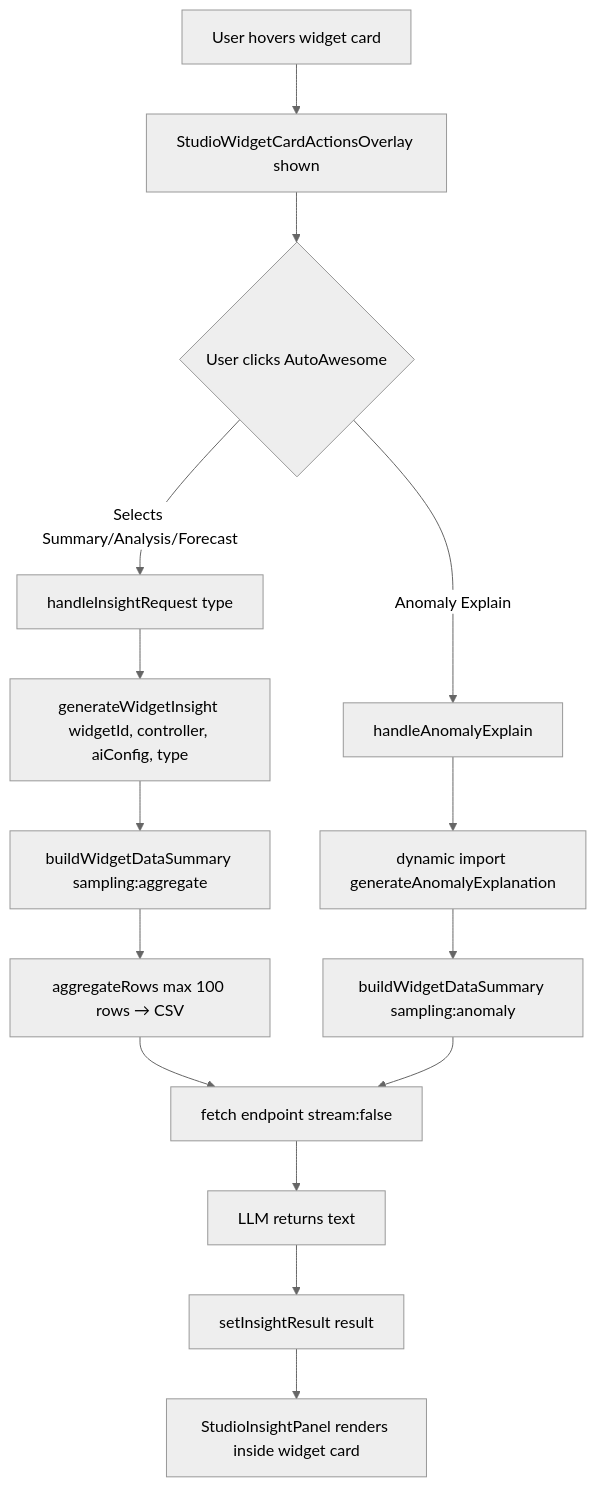
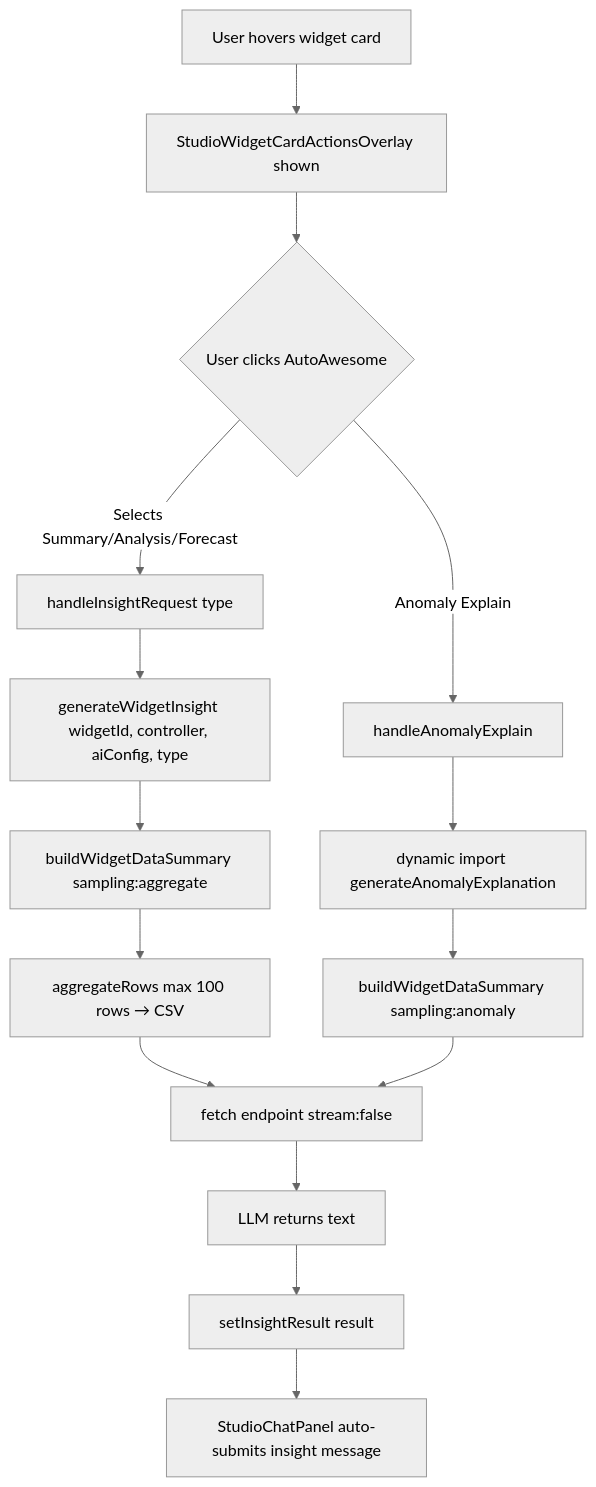
The second of 4 diagrams in packages/x-studio/docs/AI_ASSISTANT_OVERVIEW.md (mbrookes/mui-x), drawn with Mermaid (neutral theme) before and after one commit. The commit also changed other lines of this file and 7 other files, not shown here.

````diff
--- a/packages/x-studio/docs/AI_ASSISTANT_OVERVIEW.md
+++ b/packages/x-studio/docs/AI_ASSISTANT_OVERVIEW.md
@@ -679,17 +677,17 @@
 ```mermaid
 flowchart TD
     A[User hovers widget card] --> B[StudioWidgetCardActionsOverlay shown]
     B --> C{User clicks AutoAwesome}
     C -->|Selects Summary/Analysis/Forecast| D[handleInsightRequest type]
     D --> E[generateWidgetInsight widgetId, controller, aiConfig, type]
     E --> F[buildWidgetDataSummary sampling:aggregate]
     F --> G[aggregateRows max 100 rows → CSV]
     G --> H[fetch endpoint stream:false]
     H --> I[LLM returns text]
     I --> J[setInsightResult result]
-    J --> K[StudioInsightPanel renders inside widget card]
+    J --> K[StudioChatPanel auto-submits insight message]
     C -->|Anomaly Explain| L[handleAnomalyExplain]
     L --> M[dynamic import generateAnomalyExplanation]
     M --> N[buildWidgetDataSummary sampling:anomaly]
     N --> H
 ```
````
